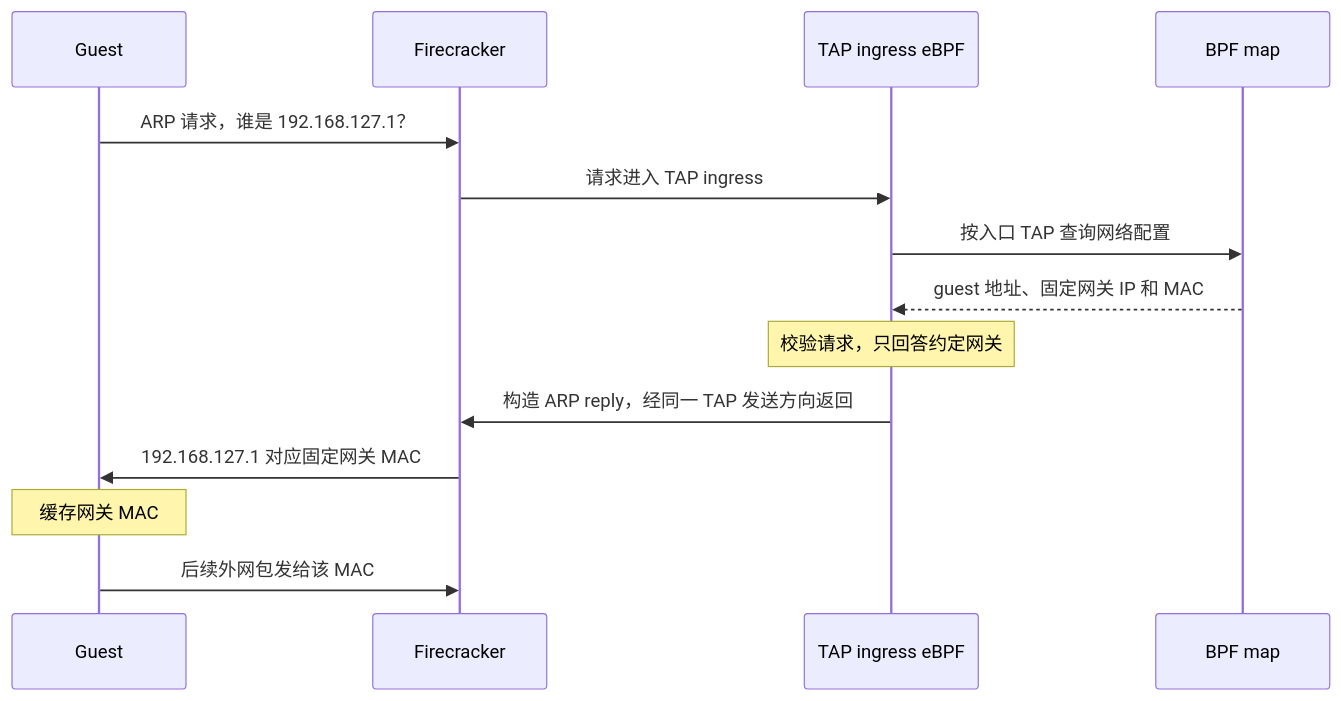
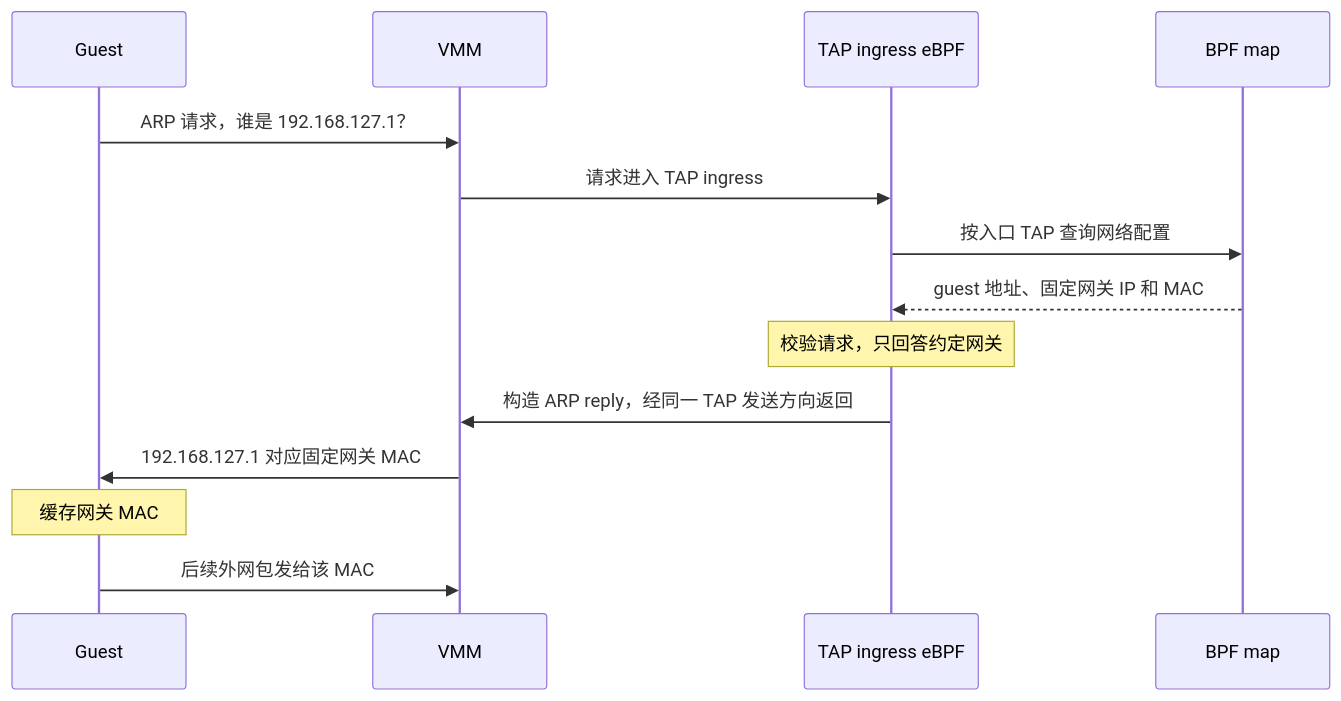
The third of 3 diagrams in architecture.md (woxQAQ/sandbox-101), drawn with Mermaid before and after one commit. The commit also changed other lines of this file, not shown here.

````diff
--- a/architecture.md
+++ b/architecture.md
@@ -270,16 +349,16 @@
 ```mermaid
 sequenceDiagram
     participant G as Guest
-    participant F as Firecracker
+    participant F as VMM
     participant B as TAP ingress eBPF
     participant M as BPF map
     G->>F: ARP 请求，谁是 192.168.127.1？
     F->>B: 请求进入 TAP ingress
     B->>M: 按入口 TAP 查询网络配置
     M-->>B: guest 地址、固定网关 IP 和 MAC
     Note over B: 校验请求，只回答约定网关
     B->>F: 构造 ARP reply，经同一 TAP 发送方向返回
     F->>G: 192.168.127.1 对应固定网关 MAC
     Note over G: 缓存网关 MAC
     G->>F: 后续外网包发给该 MAC
 ```
````
